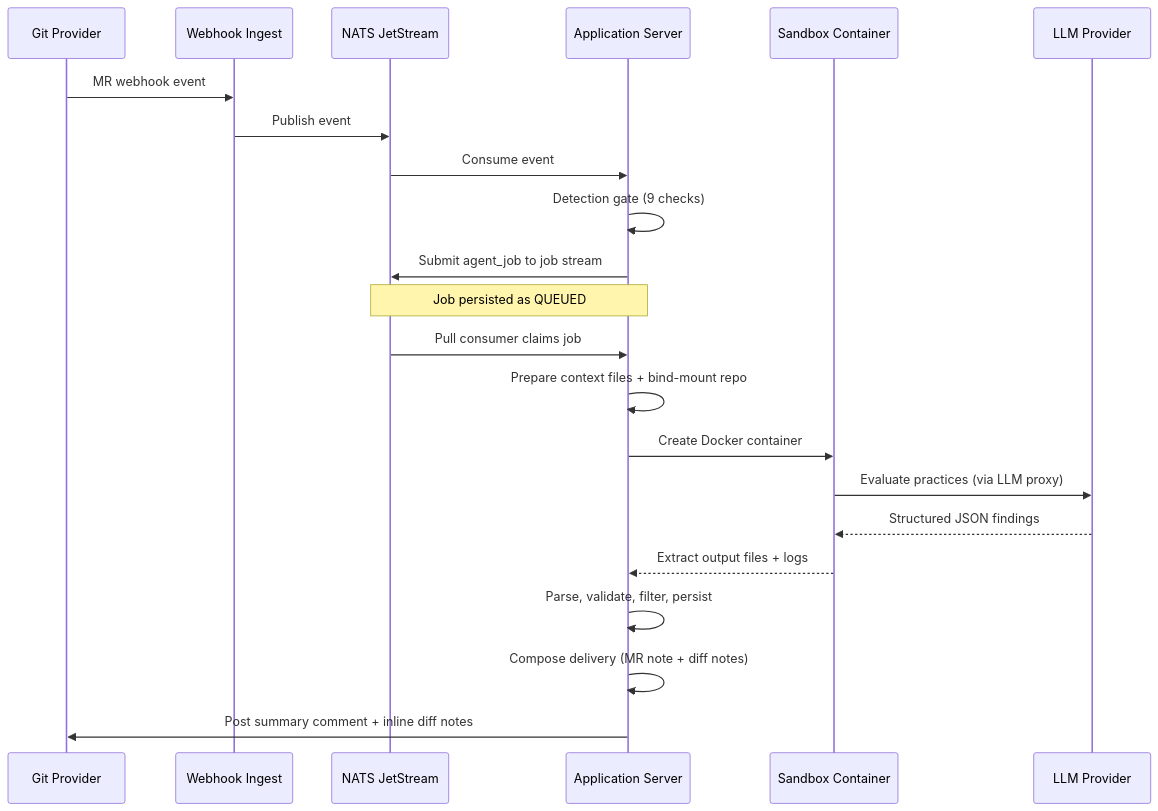
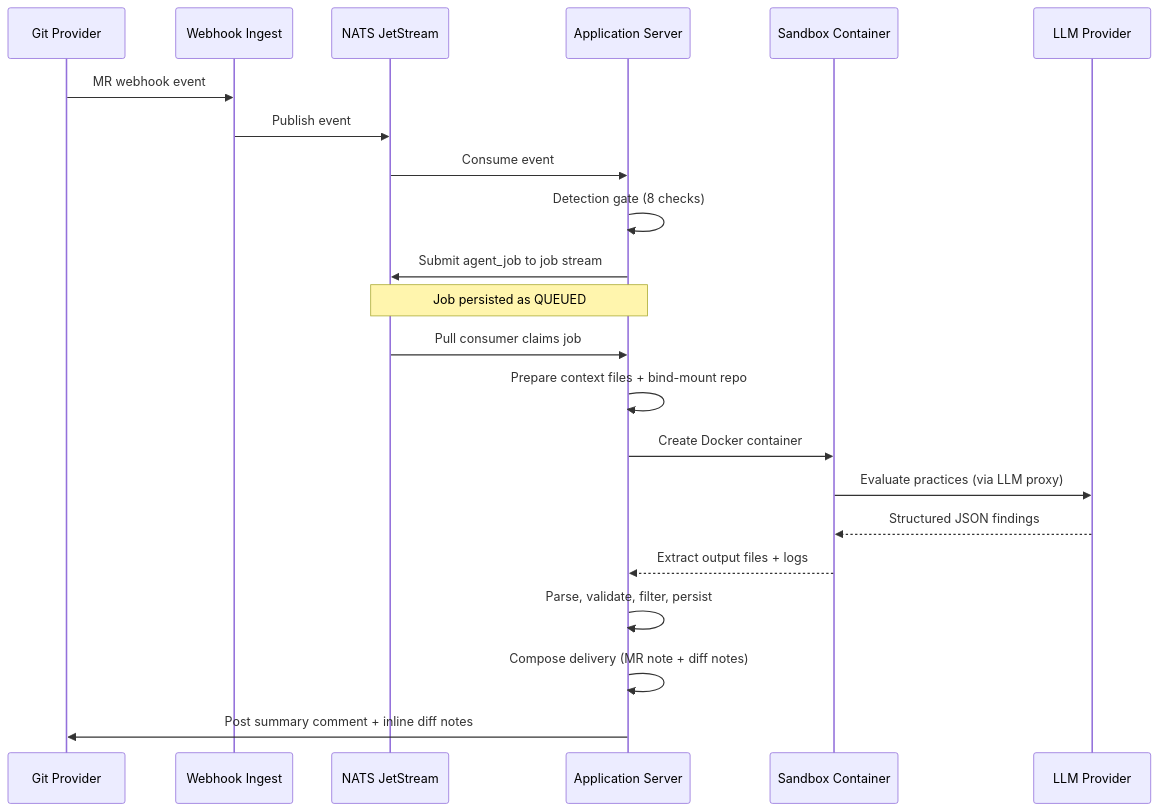
The diagram in docs/contributor/ai-code-review.mdx (ls1intum/Hephaestus), drawn with Mermaid before and after one commit. The commit also changed other lines of this file and 10 other files, not shown here.

````diff
--- a/docs/contributor/ai-code-review.mdx
+++ b/docs/contributor/ai-code-review.mdx
@@ -12,25 +12,25 @@
 ```mermaid
 sequenceDiagram
     participant GL as Git Provider
     participant WH as Webhook Ingest
     participant NATS as NATS JetStream
     participant AS as Application Server
     participant SB as Sandbox Container
     participant LLM as LLM Provider
 
     GL->>WH: MR webhook event
     WH->>NATS: Publish event
     NATS->>AS: Consume event
-    AS->>AS: Detection gate (9 checks)
+    AS->>AS: Detection gate (8 checks)
     AS->>NATS: Submit agent_job to job stream
     Note over AS,NATS: Job persisted as QUEUED
     NATS->>AS: Pull consumer claims job
     AS->>AS: Prepare context files + bind-mount repo
     AS->>SB: Create Docker container
     SB->>LLM: Evaluate practices (via LLM proxy)
     LLM-->>SB: Structured JSON findings
     SB-->>AS: Extract output files + logs
     AS->>AS: Parse, validate, filter, persist
     AS->>AS: Compose delivery (MR note + diff notes)
     AS->>GL: Post summary comment + inline diff notes
 ```
````
